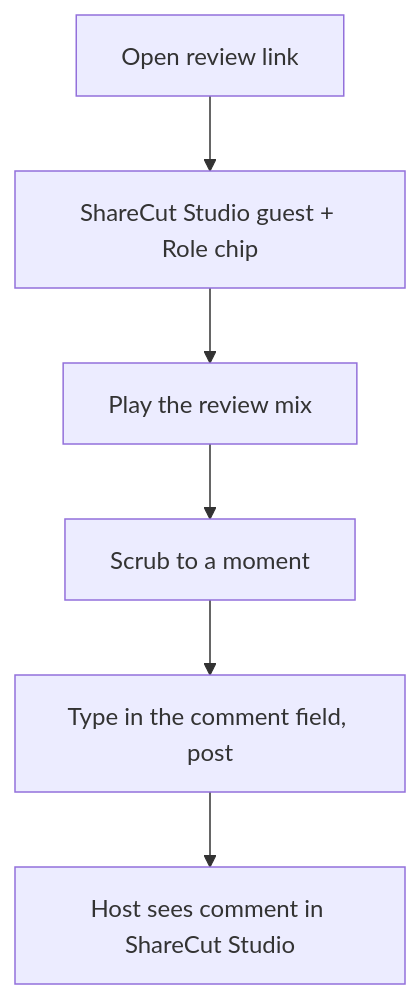
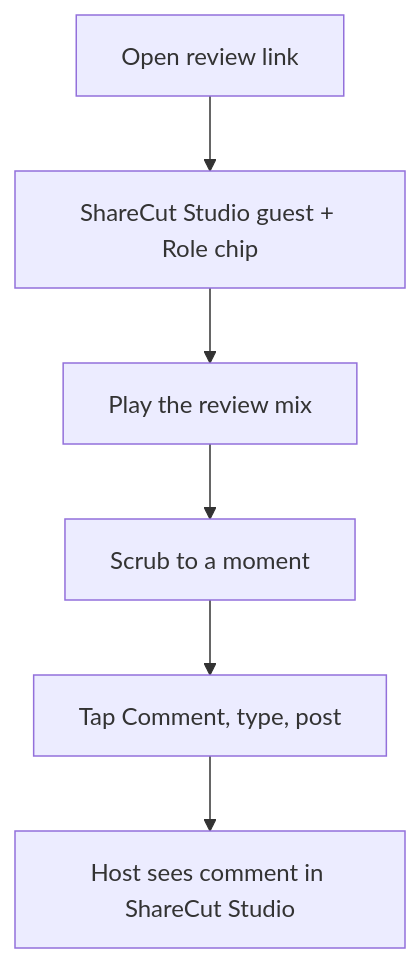
The first of 6 diagrams in ux/pages/guest-journeys.md (calebn/sharecut-studio), drawn with Mermaid before and after one commit. The commit also changed other lines of this file and 6 other files, not shown here.

````diff
--- a/ux/pages/guest-journeys.md
+++ b/ux/pages/guest-journeys.md
@@ -18,8 +18,8 @@
 ```mermaid
 flowchart TD
   open[Open review link] --> daw[ShareCut Studio guest + Role chip]
   daw --> play[Play the review mix]
   play --> scrub[Scrub to a moment]
-  scrub --> note[Type in the comment field, post]
+  scrub --> note[Tap Comment, type, post]
   note --> done[Host sees comment in ShareCut Studio]
 ```
````
